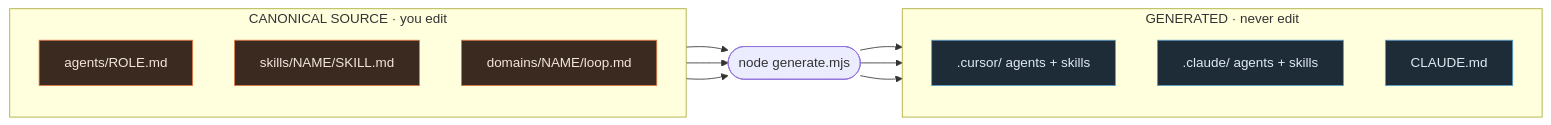
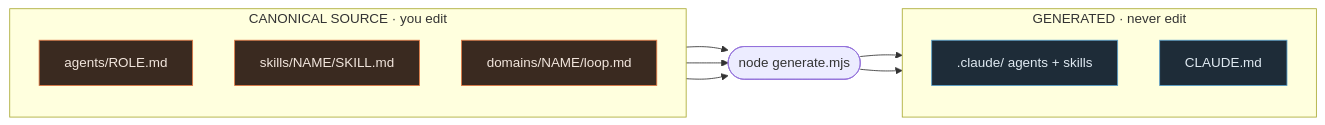
The first of 4 diagrams in docs/swarm-guide.md (HaimW/AgentSmith), drawn with Mermaid before and after one commit. The commit also changed other lines of this file and 58 other files, not shown here.

````diff
--- a/docs/swarm-guide.md
+++ b/docs/swarm-guide.md
@@ -27,26 +27,24 @@
 ```mermaid
 flowchart LR
   subgraph SRC["CANONICAL SOURCE · you edit"]
     direction TB
     A["agents/ROLE.md"]
     S["skills/NAME/SKILL.md"]
     D["domains/NAME/loop.md"]
   end
   G(["node generate.mjs"])
   subgraph OUT["GENERATED · never edit"]
     direction TB
-    C1[".cursor/ agents + skills"]
     C2[".claude/ agents + skills"]
     CM["CLAUDE.md"]
   end
   A --> G
   S --> G
   D --> G
-  G --> C1
   G --> C2
   G --> CM
   class A,S,D hot
-  class C1,C2,CM cold
+  class C2,CM cold
   classDef hot fill:#3a2a20,stroke:#e27a45,color:#f2e6dd
   classDef cold fill:#1e2c38,stroke:#5aa0cb,color:#e0eaf2
 ```
````
